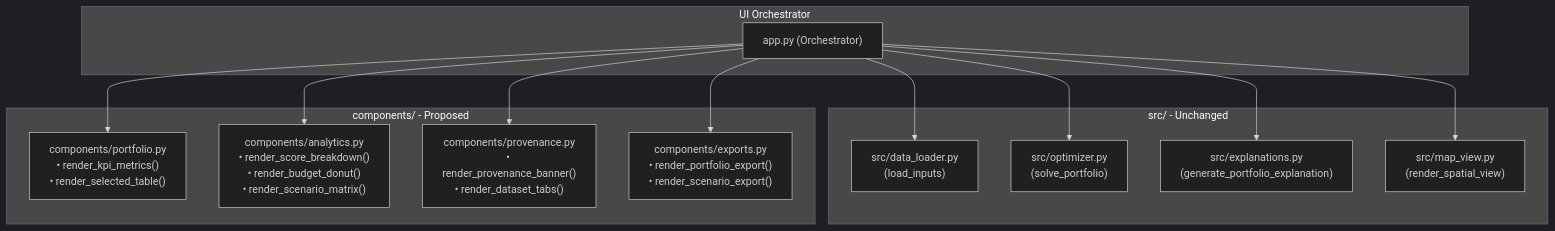
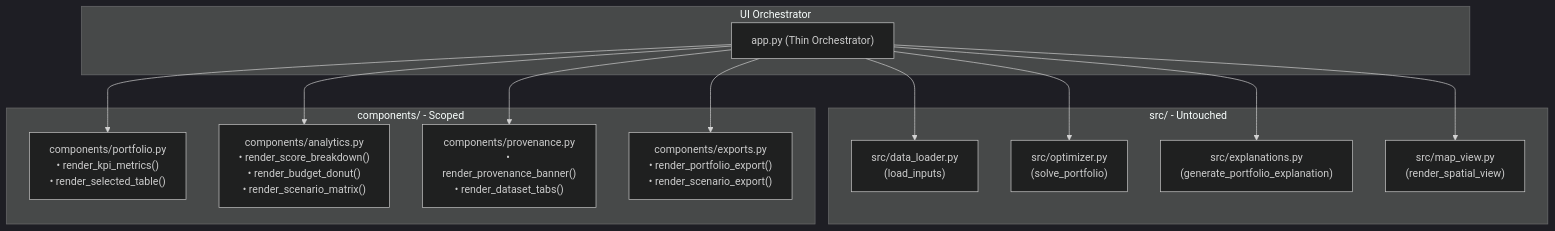
One commit to sakshampise/climate-adaptation-optimizer changed the diagram in AI HANDOFFS/Antigravity/Reports/2026-11-06_antigravity_m4_architecture_specification_report.md. Above: the diagram before and after it, drawn with Mermaid (dark theme). The commit also changed other lines of this file and 5 other files, not shown here.

Commit message:
docs(m4): incorporate architectural review corrections into M4 specification and reconcile governance

````diff
--- a/AI HANDOFFS/Antigravity/Reports/2026-11-06_antigravity_m4_architecture_specification_report.md
+++ b/AI HANDOFFS/Antigravity/Reports/2026-11-06_antigravity_m4_architecture_specification_report.md
@@ -58,30 +65,30 @@
 ```mermaid
 flowchart TD
     subgraph UI Orchestrator
-        APP["app.py (Orchestrator)"]
+        APP["app.py (Thin Orchestrator)"]
     end
 
-    subgraph Data & Optimization Engine [src/ - Unchanged]
+    subgraph Data & Optimization Engine [src/ - Untouched]
         DL["src/data_loader.py<br/>(load_inputs)"]
         OPT["src/optimizer.py<br/>(solve_portfolio)"]
         EXP["src/explanations.py<br/>(generate_portfolio_explanation)"]
         MAP["src/map_view.py<br/>(render_spatial_view)"]
     end
 
-    subgraph Modular Presentation Components [components/ - Proposed]
+    subgraph Modular Presentation Components [components/ - Scoped]
         PORT["components/portfolio.py<br/>• render_kpi_metrics()<br/>• render_selected_table()"]
         ANL["components/analytics.py<br/>• render_score_breakdown()<br/>• render_budget_donut()<br/>• render_scenario_matrix()"]
         PROV["components/provenance.py<br/>• render_provenance_banner()<br/>• render_dataset_tabs()"]
         EXP_UI["components/exports.py<br/>• render_portfolio_export()<br/>• render_scenario_export()"]
     end
 
     APP --> DL
     APP --> OPT
     APP --> EXP
     APP --> MAP
 
     APP --> PROV
     APP --> PORT
     APP --> ANL
     APP --> EXP_UI
 ```
````
